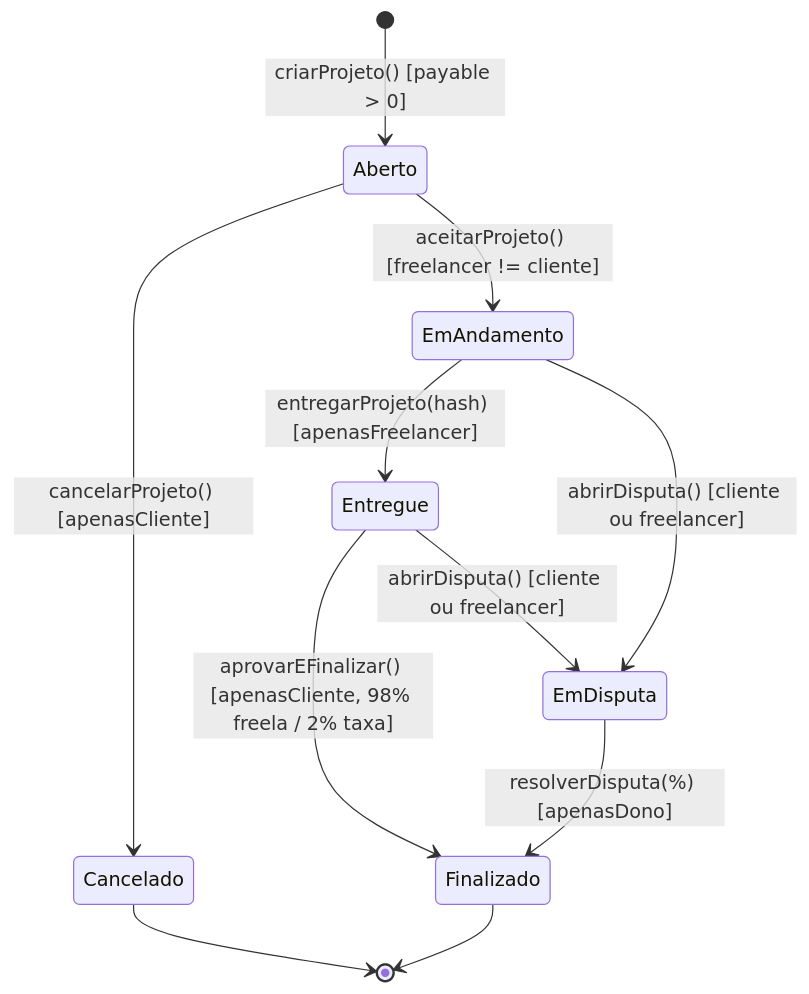
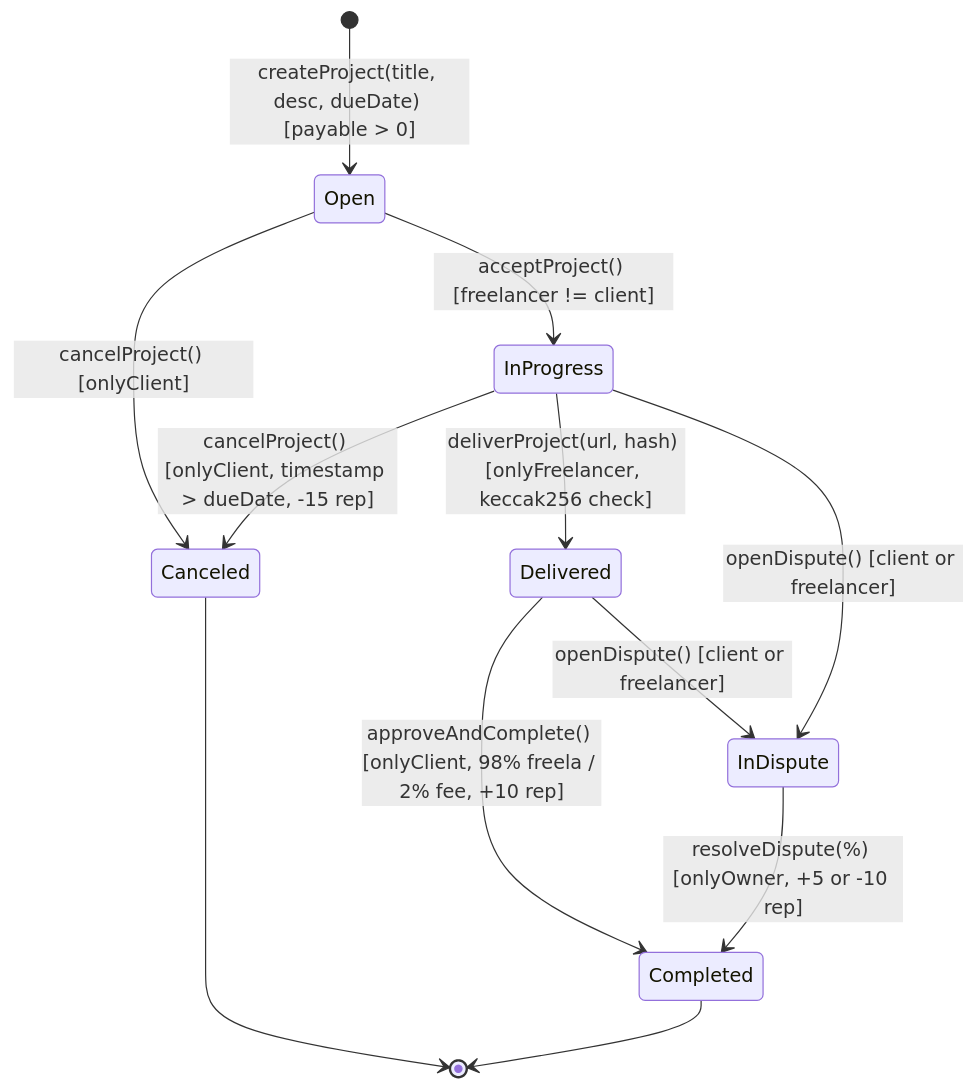
Before and after one commit to JlCastr0/smart-freela: the diagram in README.md, drawn with Mermaid. The commit also changed other lines of this file and 17 other files, not shown here.

Commit message:
feat(frontend): update index.html layout and form fields for project creation  refactor(tests): remove outdated Ballot_test.sol and add SmartFreela.test.js for contract testing  test(tests): add baseline test for deployment and network verification  delete(tests): remove unused storage.test.js

````diff
--- a/README.md
+++ b/README.md
@@ -22,13 +22,14 @@
 ```mermaid
 stateDiagram-v2
-    [*] --> Aberto: criarProjeto() [payable > 0]
-    Aberto --> Cancelado: cancelarProjeto() [apenasCliente]
-    Aberto --> EmAndamento: aceitarProjeto() [freelancer != cliente]
-    EmAndamento --> Entregue: entregarProjeto(hash) [apenasFreelancer]
-    Entregue --> Finalizado: aprovarEFinalizar() [apenasCliente, 98% freela / 2% taxa]
-    EmAndamento --> EmDisputa: abrirDisputa() [cliente ou freelancer]
-    Entregue --> EmDisputa: abrirDisputa() [cliente ou freelancer]
-    EmDisputa --> Finalizado: resolverDisputa(%) [apenasDono]
-    Cancelado --> [*]
-    Finalizado --> [*]
+    [*] --> Open: createProject(title, desc, dueDate) [payable > 0]
+    Open --> Canceled: cancelProject() [onlyClient]
+    Open --> InProgress: acceptProject() [freelancer != client]
+    InProgress --> Canceled: cancelProject() [onlyClient, timestamp > dueDate, -15 rep]
+    InProgress --> Delivered: deliverProject(url, hash) [onlyFreelancer, keccak256 check]
+    Delivered --> Completed: approveAndComplete() [onlyClient, 98% freela / 2% fee, +10 rep]
+    InProgress --> InDispute: openDispute() [client or freelancer]
+    Delivered --> InDispute: openDispute() [client or freelancer]
+    InDispute --> Completed: resolveDispute(%) [onlyOwner, +5 or -10 rep]
+    Canceled --> [*]
+    Completed --> [*]
 ```
````
